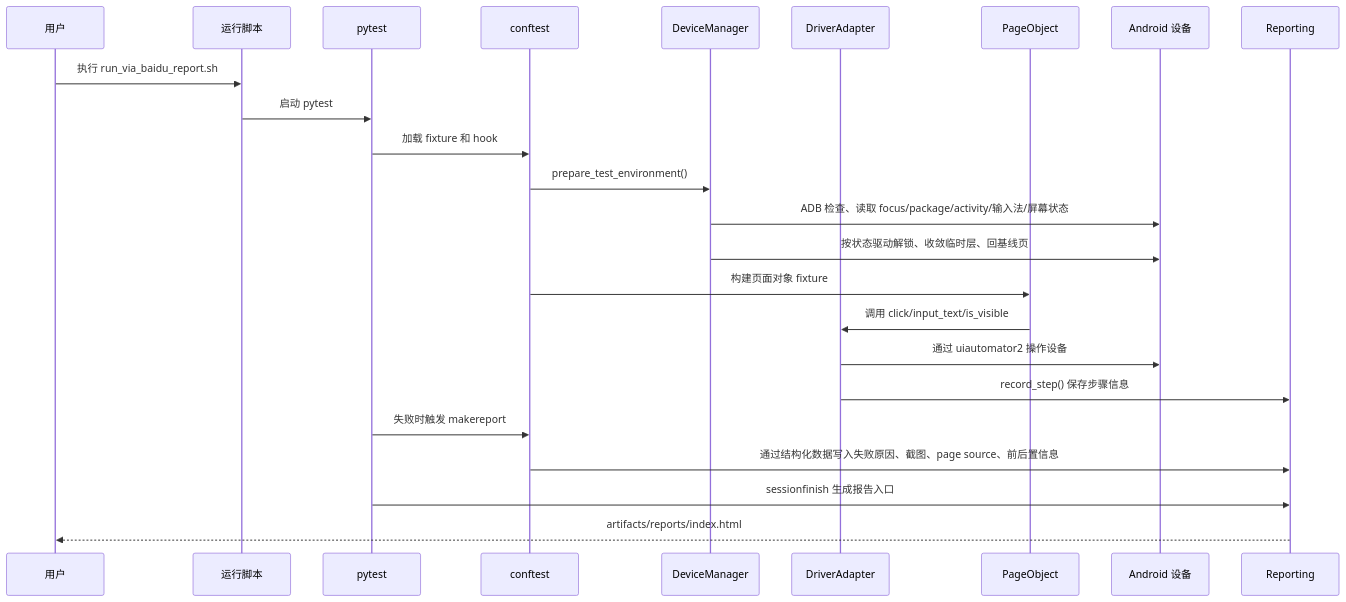
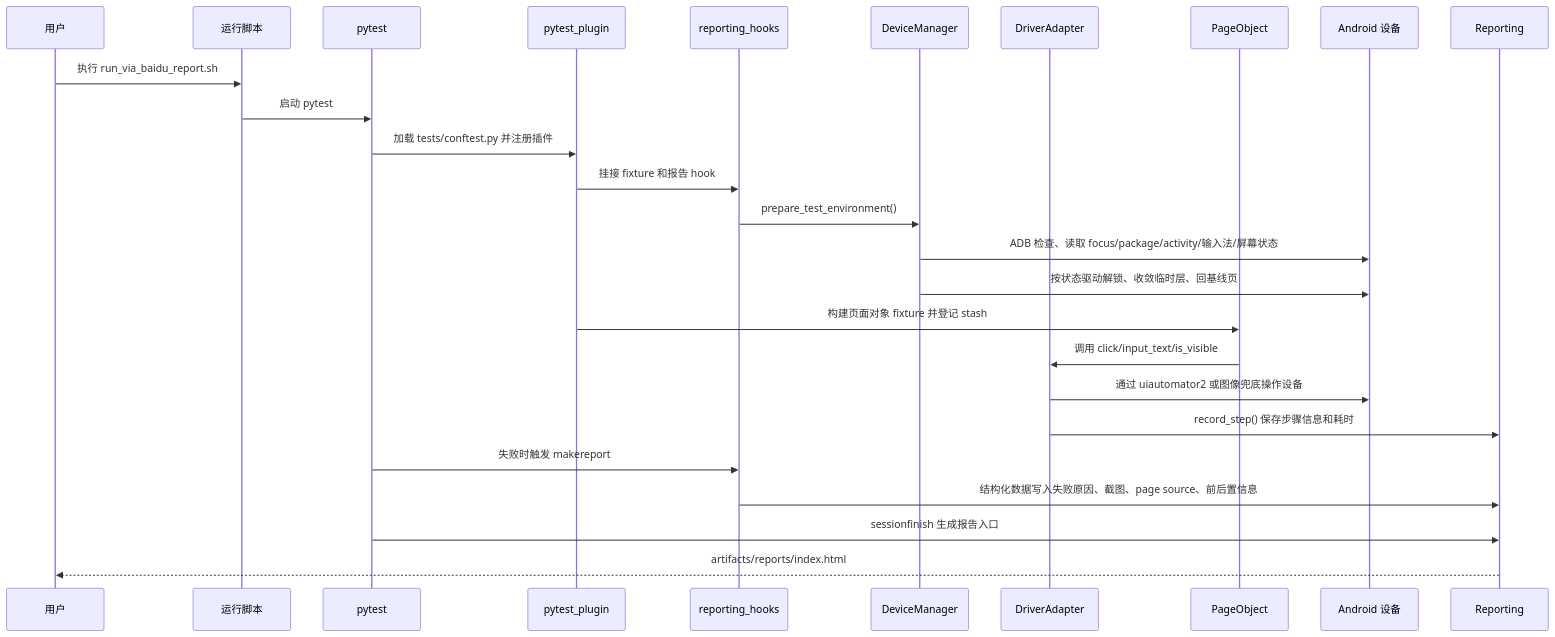
The second of 3 diagrams in docs/framework_flow.md (leaveeeeeee/ai-android-ui-autotest-framework), drawn with Mermaid before and after one commit. The commit also changed other lines of this file and 38 other files, not shown here.

Commit message:
feat(framework): complete architecture cleanup roadmap

````diff
--- a/docs/framework_flow.md
+++ b/docs/framework_flow.md
@@ -30,27 +32,29 @@
 ```mermaid
 sequenceDiagram
     participant U as 用户
     participant S as 运行脚本
     participant P as pytest
-    participant C as conftest
+    participant Plugin as pytest_plugin
+    participant Hooks as reporting_hooks
     participant D as DeviceManager
     participant G as DriverAdapter
     participant Page as PageObject
     participant A as Android 设备
     participant R as Reporting
 
     U->>S: 执行 run_via_baidu_report.sh
     S->>P: 启动 pytest
-    P->>C: 加载 fixture 和 hook
-    C->>D: prepare_test_environment()
+    P->>Plugin: 加载 tests/conftest.py 并注册插件
+    Plugin->>Hooks: 挂接 fixture 和报告 hook
+    Hooks->>D: prepare_test_environment()
     D->>A: ADB 检查、读取 focus/package/activity/输入法/屏幕状态
     D->>A: 按状态驱动解锁、收敛临时层、回基线页
-    C->>Page: 构建页面对象 fixture
+    Plugin->>Page: 构建页面对象 fixture 并登记 stash
     Page->>G: 调用 click/input_text/is_visible
-    G->>A: 通过 uiautomator2 操作设备
-    G->>R: record_step() 保存步骤信息
-    P->>C: 失败时触发 makereport
-    C->>R: 通过结构化数据写入失败原因、截图、page source、前后置信息
+    G->>A: 通过 uiautomator2 或图像兜底操作设备
+    G->>R: record_step() 保存步骤信息和耗时
+    P->>Hooks: 失败时触发 makereport
+    Hooks->>R: 结构化数据写入失败原因、截图、page source、前后置信息
     P->>R: sessionfinish 生成报告入口
     R-->>U: artifacts/reports/index.html
 ```
````
